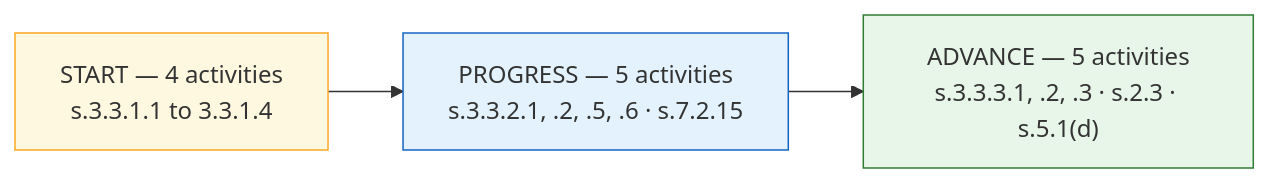
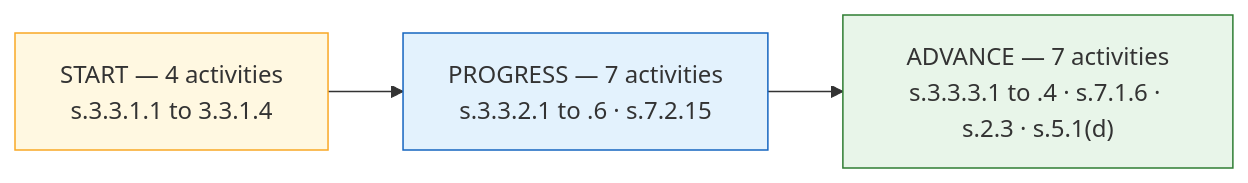
The third of 3 diagrams in docs/COMPLIANCE_MATRIX.md (shubhamjha16/BOM_Automation), drawn with Mermaid before and after one commit. The commit also changed other lines of this file and 12 other files, not shown here.

````diff
--- a/docs/COMPLIANCE_MATRIX.md
+++ b/docs/COMPLIANCE_MATRIX.md
@@ -360,9 +366,9 @@
 ```mermaid
 graph LR
-    START["START — 4 activities<br/>s.3.3.1.1 to 3.3.1.4"] --> PROGRESS["PROGRESS — 5 activities<br/>s.3.3.2.1, .2, .5, .6 · s.7.2.15"]
-    PROGRESS --> ADVANCE["ADVANCE — 5 activities<br/>s.3.3.3.1, .2, .3 · s.2.3 · s.5.1(d)"]
+    START["START — 4 activities<br/>s.3.3.1.1 to 3.3.1.4"] --> PROGRESS["PROGRESS — 7 activities<br/>s.3.3.2.1 to .6 · s.7.2.15"]
+    PROGRESS --> ADVANCE["ADVANCE — 7 activities<br/>s.3.3.3.1 to .4 · s.7.1.6 · s.2.3 · s.5.1(d)"]
 
     style START fill:#fff8e1,stroke:#f9a825
     style PROGRESS fill:#e3f2fd,stroke:#1565c0
     style ADVANCE fill:#e8f5e9,stroke:#2e7d32
 ```
````
